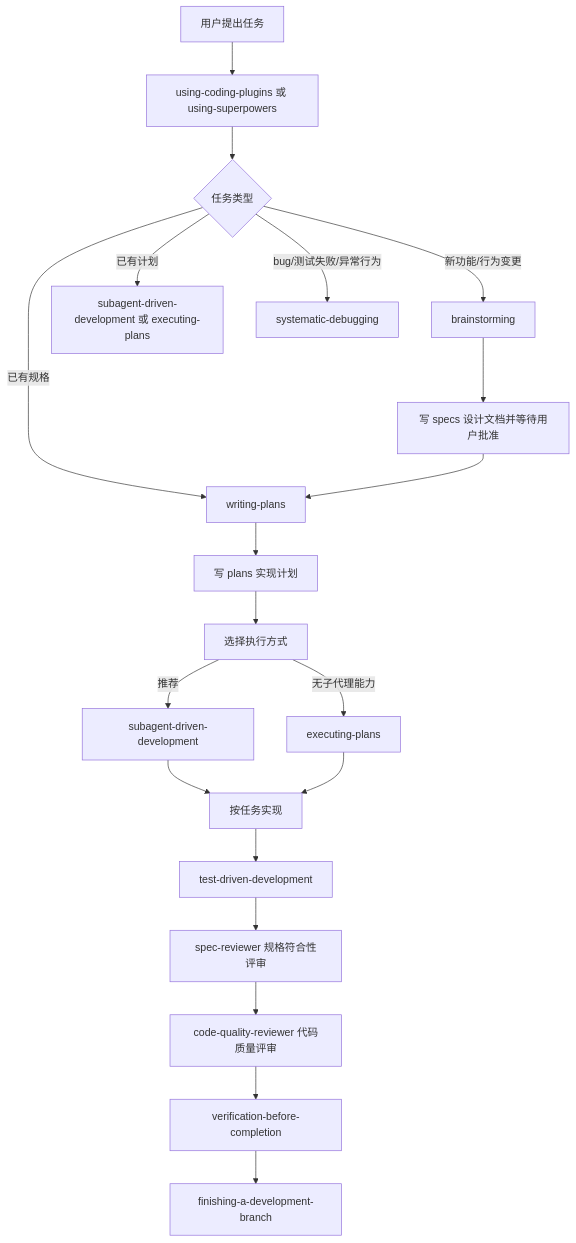
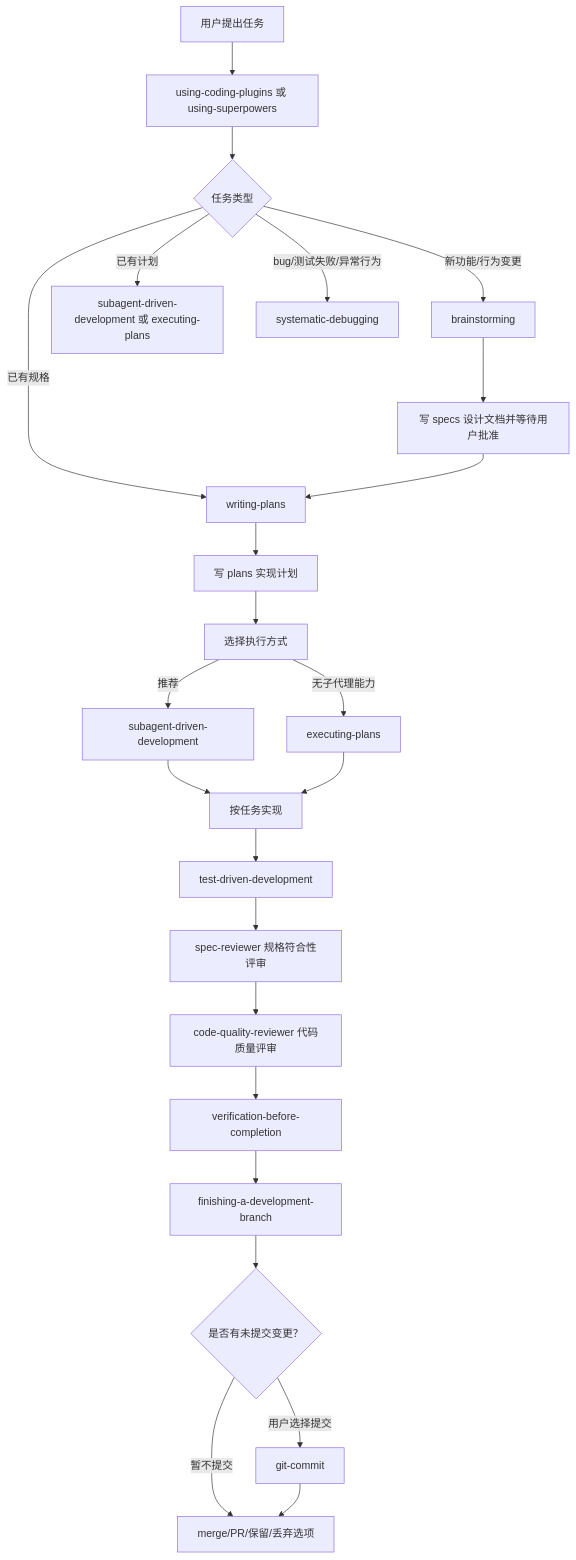
One commit to Vincen-dev/coding-plugins changed the diagram in docs/workflow-chain.md. Above: the diagram before and after it, drawn with Mermaid. The commit also changed other lines of this file and 10 other files, not shown here.

````diff
--- a/docs/workflow-chain.md
+++ b/docs/workflow-chain.md
@@ -20,22 +22,26 @@
 ```mermaid
 flowchart TD
   A["用户提出任务"] --> B["using-coding-plugins 或 using-superpowers"]
   B --> C{任务类型}
   C -->|新功能/行为变更| D["brainstorming"]
   C -->|已有规格| E["writing-plans"]
   C -->|已有计划| F["subagent-driven-development 或 executing-plans"]
   C -->|bug/测试失败/异常行为| G["systematic-debugging"]
   D --> H["写 specs 设计文档并等待用户批准"]
   H --> E
   E --> I["写 plans 实现计划"]
   I --> J["选择执行方式"]
   J -->|推荐| K["subagent-driven-development"]
   J -->|无子代理能力| L["executing-plans"]
   K --> M["按任务实现"]
   L --> M
   M --> N["test-driven-development"]
   N --> O["spec-reviewer 规格符合性评审"]
   O --> P["code-quality-reviewer 代码质量评审"]
   P --> Q["verification-before-completion"]
   Q --> R["finishing-a-development-branch"]
+  R --> S{"是否有未提交变更？"}
+  S -->|用户选择提交| T["git-commit"]
+  S -->|暂不提交| U["merge/PR/保留/丢弃选项"]
+  T --> U
 ```
````
